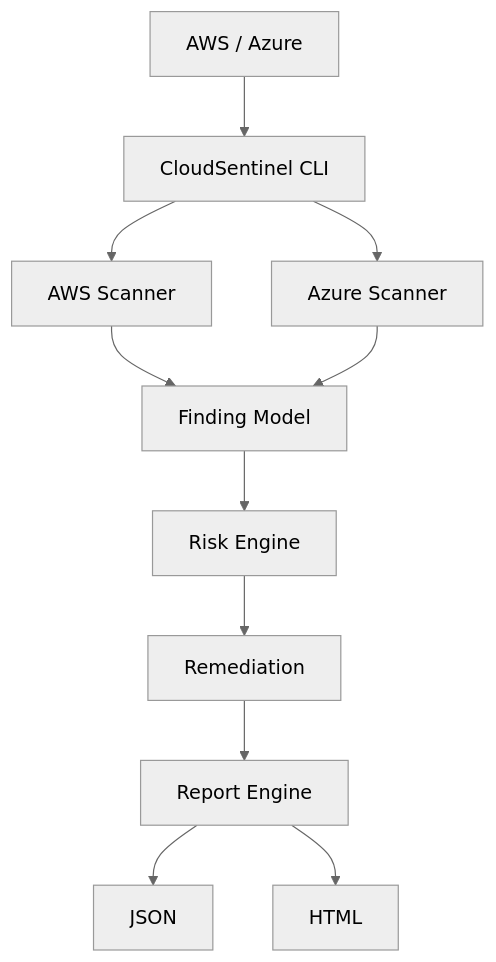
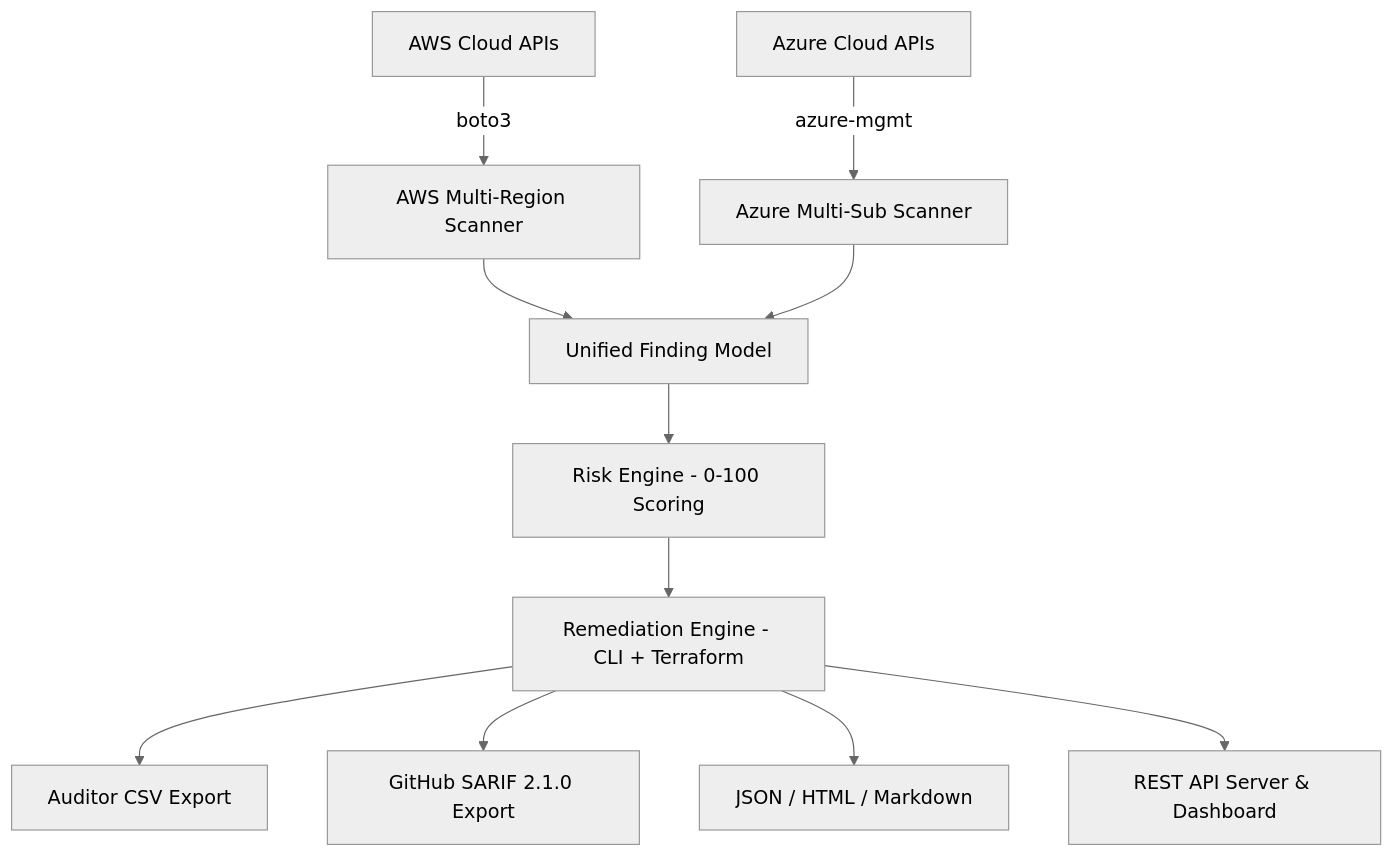
The diagram in README.md (raghavkhandal72-coder/CloudSentinel), drawn with Mermaid (neutral theme) before and after one commit. The commit also changed other lines of this file and 7 other files, not shown here.

Commit message:
feat: add global cloudsentinel CLI script, CI/CD quality gate (--fail-on), file export (-o), and multi-cloud flags

````diff
--- a/README.md
+++ b/README.md
@@ -30,16 +35,16 @@
 ```mermaid
 graph TD
-                         A[AWS / Azure] --> B[CloudSentinel CLI]
-                         B --> C[AWS Scanner]
-                         B --> D[Azure Scanner]
-                         
-                         C --> E[Finding Model]
-                         D --> E
-                         
-                         E --> F[Risk Engine]
-                         F --> G[Remediation]
-                         
-                         G --> H[Report Engine]
-                         H --> I[JSON]
-                         H --> J[HTML]
+    A[AWS Cloud APIs] -->|boto3| C[AWS Multi-Region Scanner]
+    B[Azure Cloud APIs] -->|azure-mgmt| D[Azure Multi-Sub Scanner]
+    
+    C --> E[Unified Finding Model]
+    D --> E
+    
+    E --> F[Risk Engine - 0-100 Scoring]
+    F --> G[Remediation Engine - CLI + Terraform]
+    
+    G --> H[Auditor CSV Export]
+    G --> I[GitHub SARIF 2.1.0 Export]
+    G --> J[JSON / HTML / Markdown]
+    G --> K[REST API Server & Dashboard]
 ```
````
